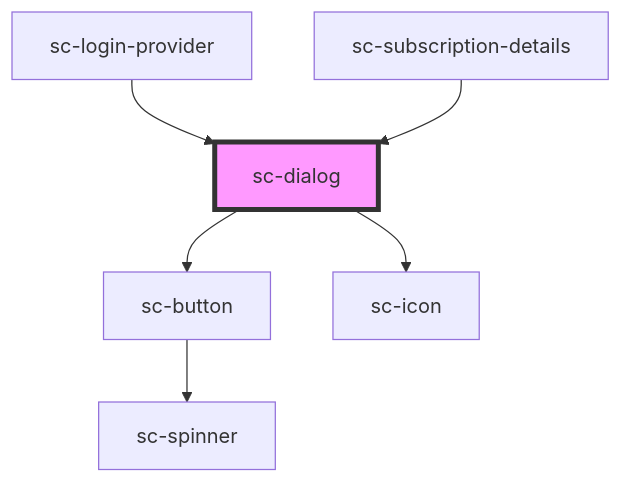
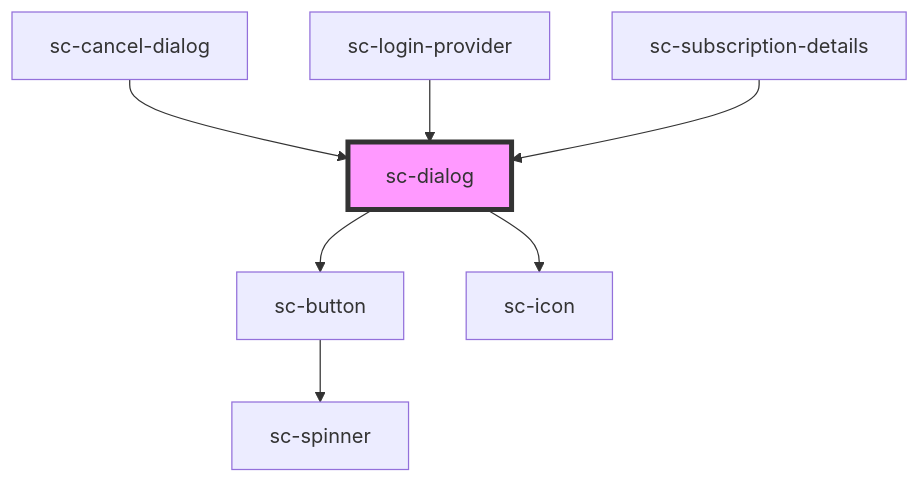
Before and after one commit to surecart/surecart-wp-plugin: the diagram in packages/components/src/components/ui/sc-dialog/readme.md, drawn with Mermaid. The commit also changed other lines of this file and 44 other files, not shown here.

````diff
--- a/packages/components/src/components/ui/sc-dialog/readme.md
+++ b/packages/components/src/components/ui/sc-dialog/readme.md
@@ -56,9 +57,10 @@
 ```mermaid
 graph TD;
   sc-dialog --> sc-button
   sc-dialog --> sc-icon
   sc-button --> sc-spinner
+  sc-cancel-dialog --> sc-dialog
   sc-login-provider --> sc-dialog
   sc-subscription-details --> sc-dialog
   style sc-dialog fill:#f9f,stroke:#333,stroke-width:4px
 ```
````
